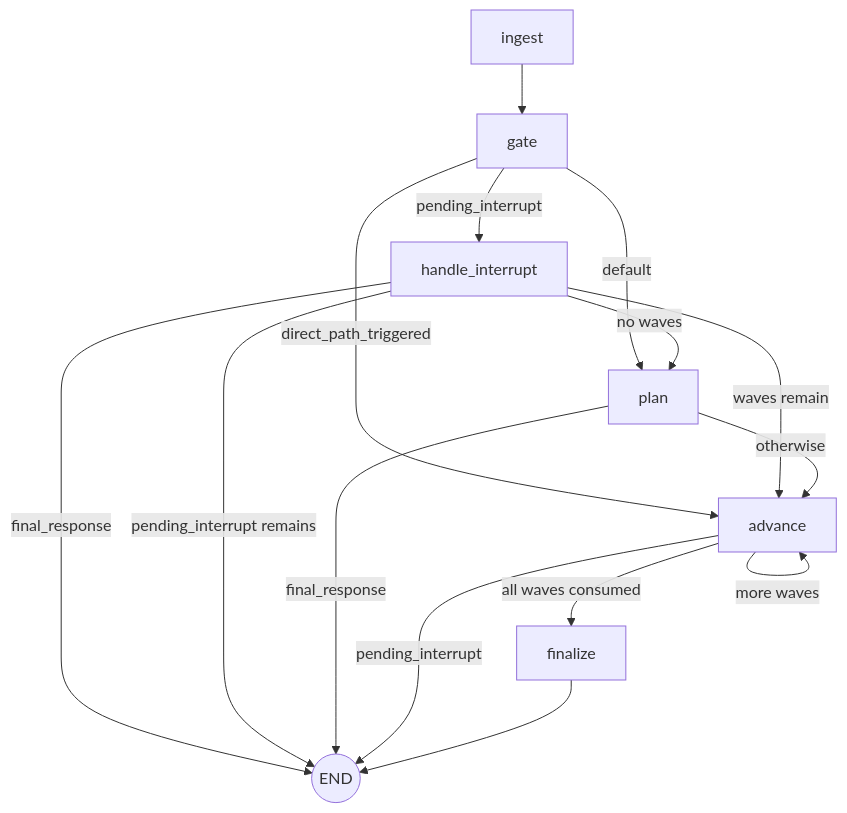
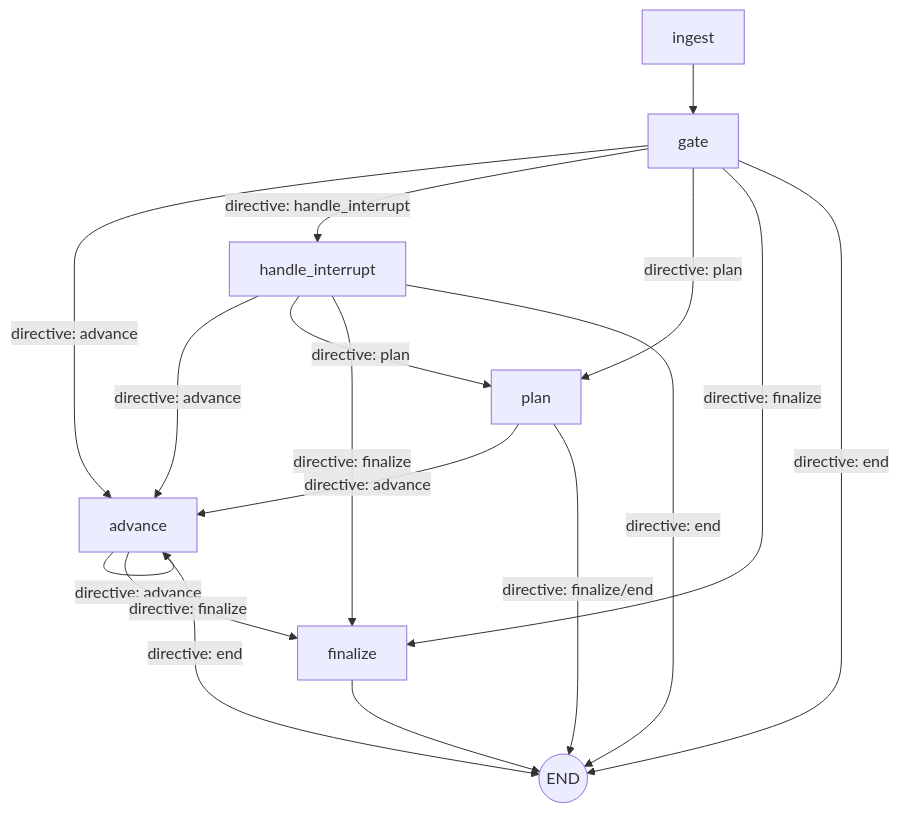
Before and after one commit to stepheng323/banking_agent: the diagram in docs/dag-and-orchestration-internals.md, drawn with Mermaid. The commit also changed other lines of this file and 4 other files, not shown here.

````diff
--- a/docs/dag-and-orchestration-internals.md
+++ b/docs/dag-and-orchestration-internals.md
@@ -42,30 +43,32 @@
 ```mermaid
 flowchart TD
     ingest["ingest"]
     gate["gate"]
     interrupt["handle_interrupt"]
     plan["plan"]
     advance["advance"]
     finalize["finalize"]
     done(("END"))
 
     ingest --> gate
 
-    gate -- "direct_path_triggered" --> advance
-    gate -- "pending_interrupt" --> interrupt
-    gate -- "default" --> plan
+    gate -- "directive: advance" --> advance
+    gate -- "directive: handle_interrupt" --> interrupt
+    gate -- "directive: plan" --> plan
+    gate -- "directive: finalize" --> finalize
+    gate -- "directive: end" --> done
 
-    interrupt -- "final_response" --> done
-    interrupt -- "pending_interrupt remains" --> done
-    interrupt -- "waves remain" --> advance
-    interrupt -- "no waves" --> plan
+    interrupt -- "directive: advance" --> advance
+    interrupt -- "directive: plan" --> plan
+    interrupt -- "directive: finalize" --> finalize
+    interrupt -- "directive: end" --> done
 
-    plan -- "final_response" --> done
-    plan -- "otherwise" --> advance
+    plan -- "directive: advance" --> advance
+    plan -- "directive: finalize/end" --> done
 
-    advance -- "pending_interrupt" --> done
-    advance -- "more waves" --> advance
-    advance -- "all waves consumed" --> finalize
+    advance -- "directive: advance" --> advance
+    advance -- "directive: finalize" --> finalize
+    advance -- "directive: end" --> done
 
     finalize --> done
 ```
````
